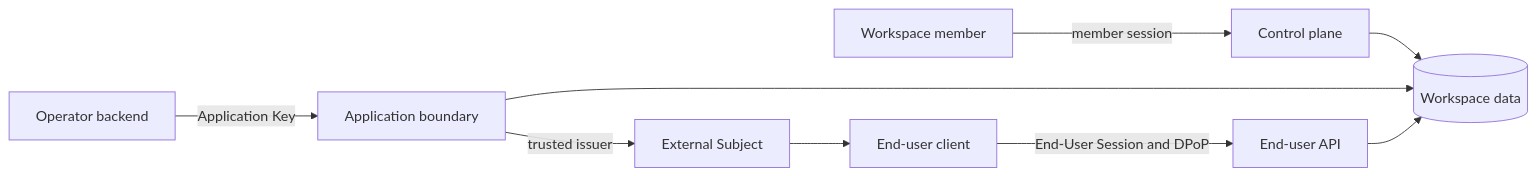
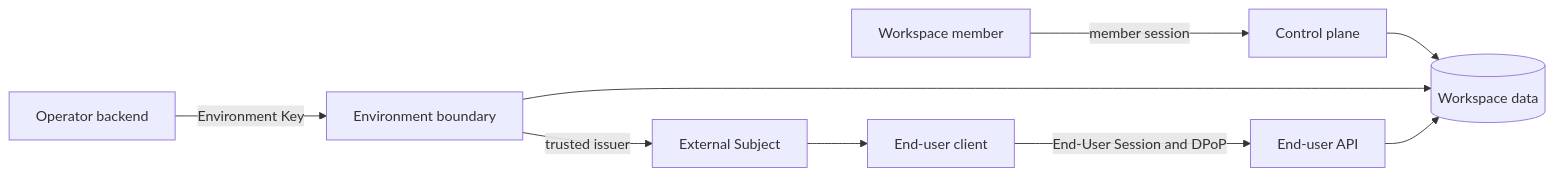
The diagram in apps/docs/content/docs/security/trust-boundaries.mdx (linea-org/linea), drawn with Mermaid before and after one commit. The commit also changed other lines of this file and 294 other files, not shown here.

````diff
--- a/apps/docs/content/docs/security/trust-boundaries.mdx
+++ b/apps/docs/content/docs/security/trust-boundaries.mdx
@@ -17,11 +19,11 @@
 ```mermaid
 flowchart LR
   Member[Workspace member] -->|member session| Control[Control plane]
-  Backend[Operator backend] -->|Application Key| App[Application boundary]
+  Backend[Operator backend] -->|Environment Key| App[Environment boundary]
   App -->|trusted issuer| Subject[External Subject]
   Browser[End-user client] -->|End-User Session and DPoP| UserAPI[End-user API]
   Subject --> Browser
   Control --> DB[(Workspace data)]
   App --> DB
   UserAPI --> DB
 ```
````
